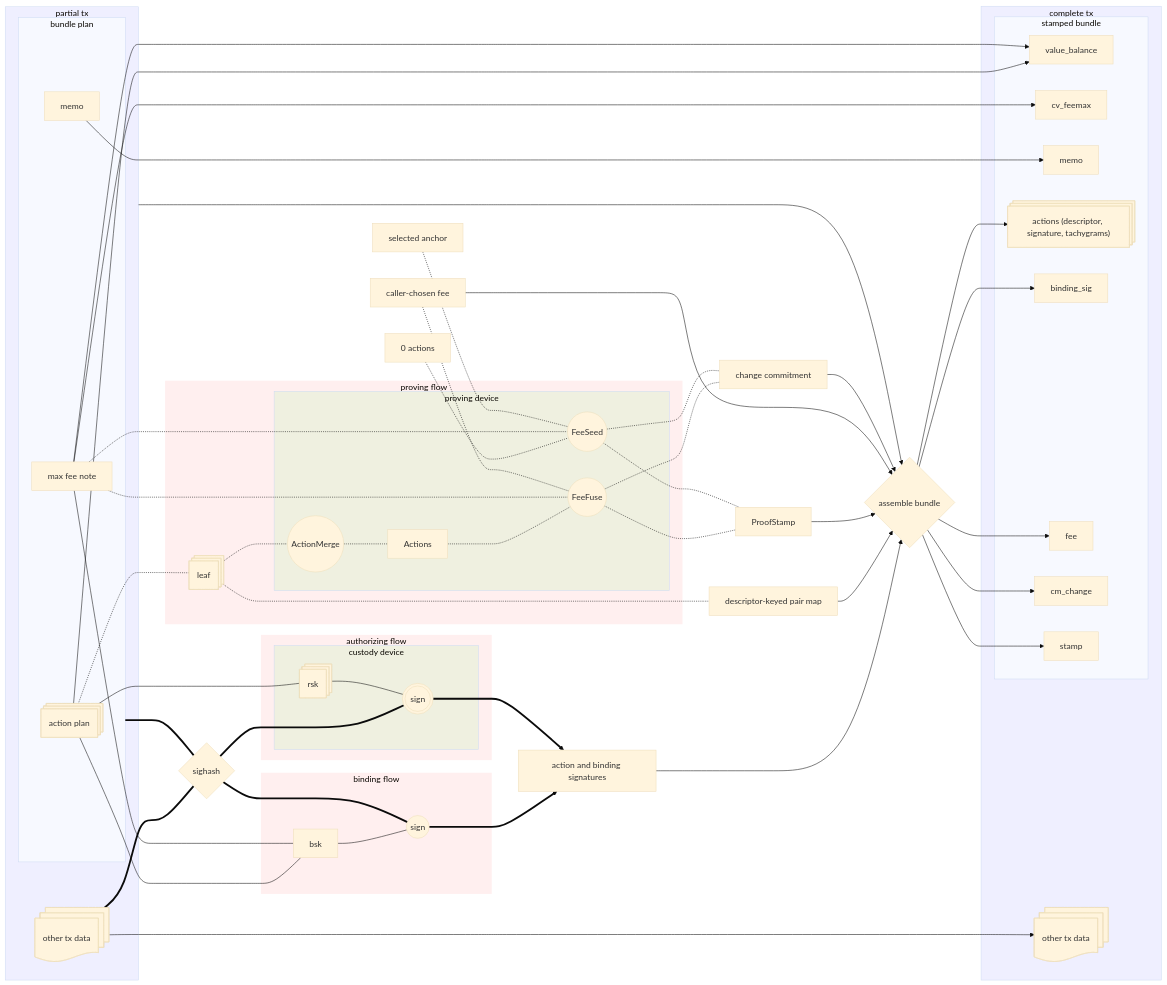
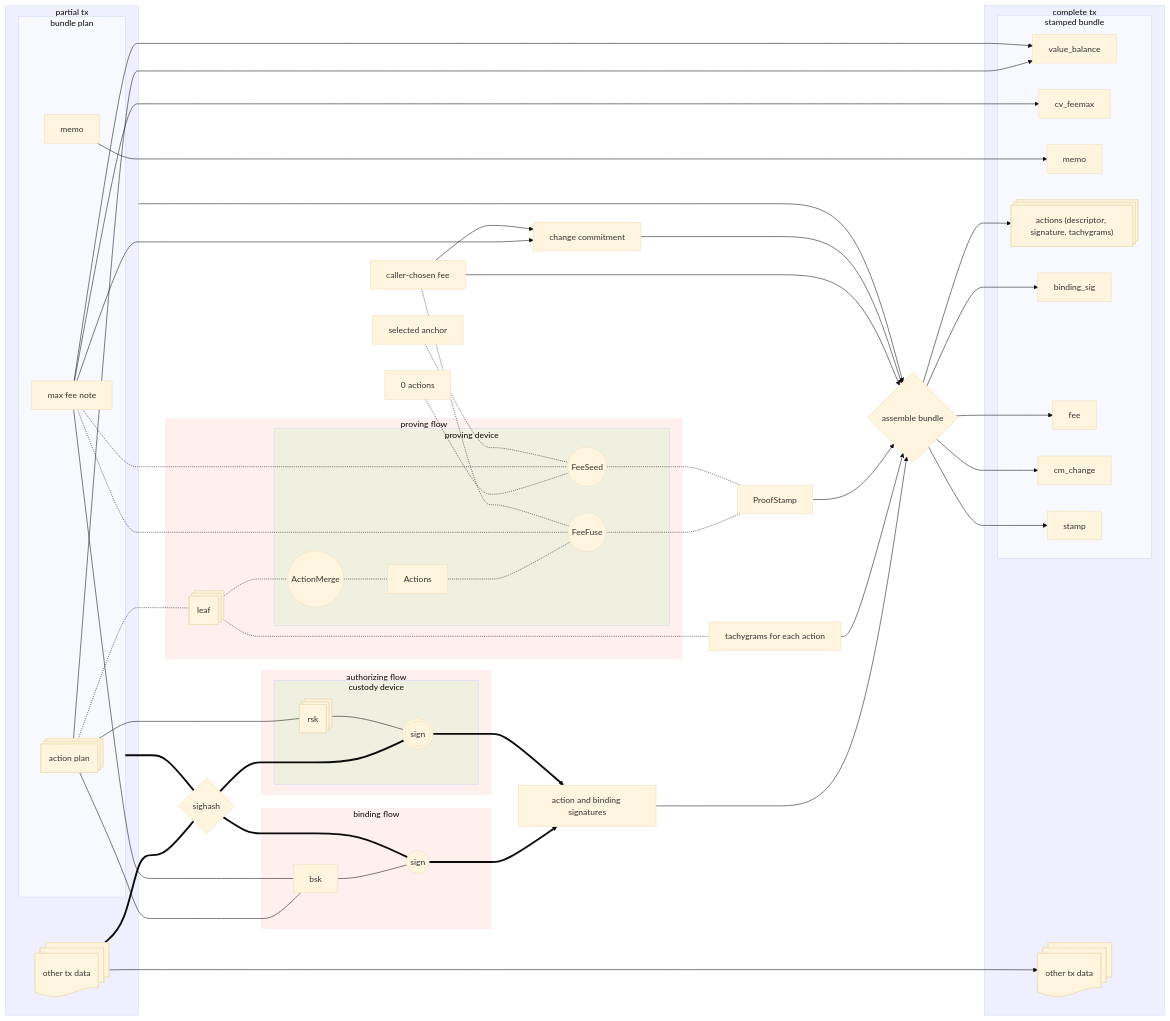
One commit to tachyon-zcash/tachyon changed the second of 3 diagrams in book/src/authorization.md. Above: the diagram before and after it, drawn with Mermaid (base theme). The commit also changed other lines of this file and 10 other files, not shown here.

```diff
--- a/book/src/authorization.md
+++ b/book/src/authorization.md
@@ -242,9 +242,10 @@
         end
     end
     action_plan -.- leaf -.- merge -.- actions -.- fee_fuse -.- proved_stamp["ProofStamp"]
-    leaf -.- pairs["descriptor-keyed pair map"]
+    leaf -.- pairs["tachygrams for each action"]
     zero_actions["0 actions"] -.- fee_seed -.- proved_stamp
-    max_fee_note -.- fee_fuse & fee_seed -.- proved_change["change commitment"]
+    max_fee_note -.- fee_fuse & fee_seed
+    max_fee_note & chosen_fee --> change["change commitment"]
     chosen_fee["caller-chosen fee"] -.- fee_fuse
     selected_anchor["selected anchor"] -.- fee_seed
 
@@ -270,7 +271,7 @@
     signatures["action and binding signatures"] --> join{"assemble bundle"}
     pczt --> join
     pairs --> join
-    proved_stamp & chosen_fee & proved_change --> join
+    proved_stamp & chosen_fee & change --> join
     join --> action & binding_sig & stamp & fee & cm_change
 
     other1 --> other2
```
